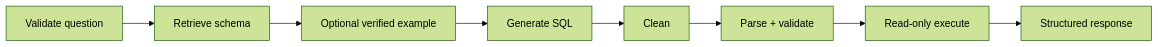
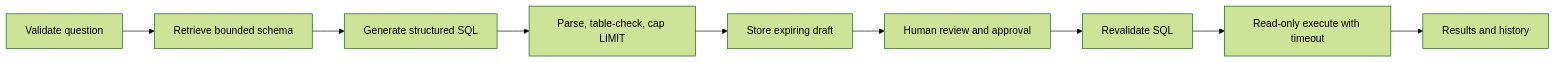
Before and after one commit to gopalmani/QueryMindAI: the second of 2 diagrams in README.md, drawn with Mermaid (forest theme). The commit also changed other lines of this file and 57 other files, not shown here.

````diff
--- a/README.md
+++ b/README.md
@@ -38,6 +35,7 @@
 ```mermaid
 flowchart LR
-  Q[Validate question] --> S[Retrieve schema] --> E[Optional verified example]
-  E --> L[Generate SQL] --> C[Clean] --> V[Parse + validate]
-  V --> X[Read-only execute] --> R[Structured response]
+  Q[Validate question] --> S[Retrieve bounded schema] --> L[Generate structured SQL]
+  L --> V[Parse, table-check, cap LIMIT] --> D[Store expiring draft]
+  D --> H[Human review and approval] --> R[Revalidate SQL]
+  R --> X[Read-only execute with timeout] --> O[Results and history]
 ```
````
